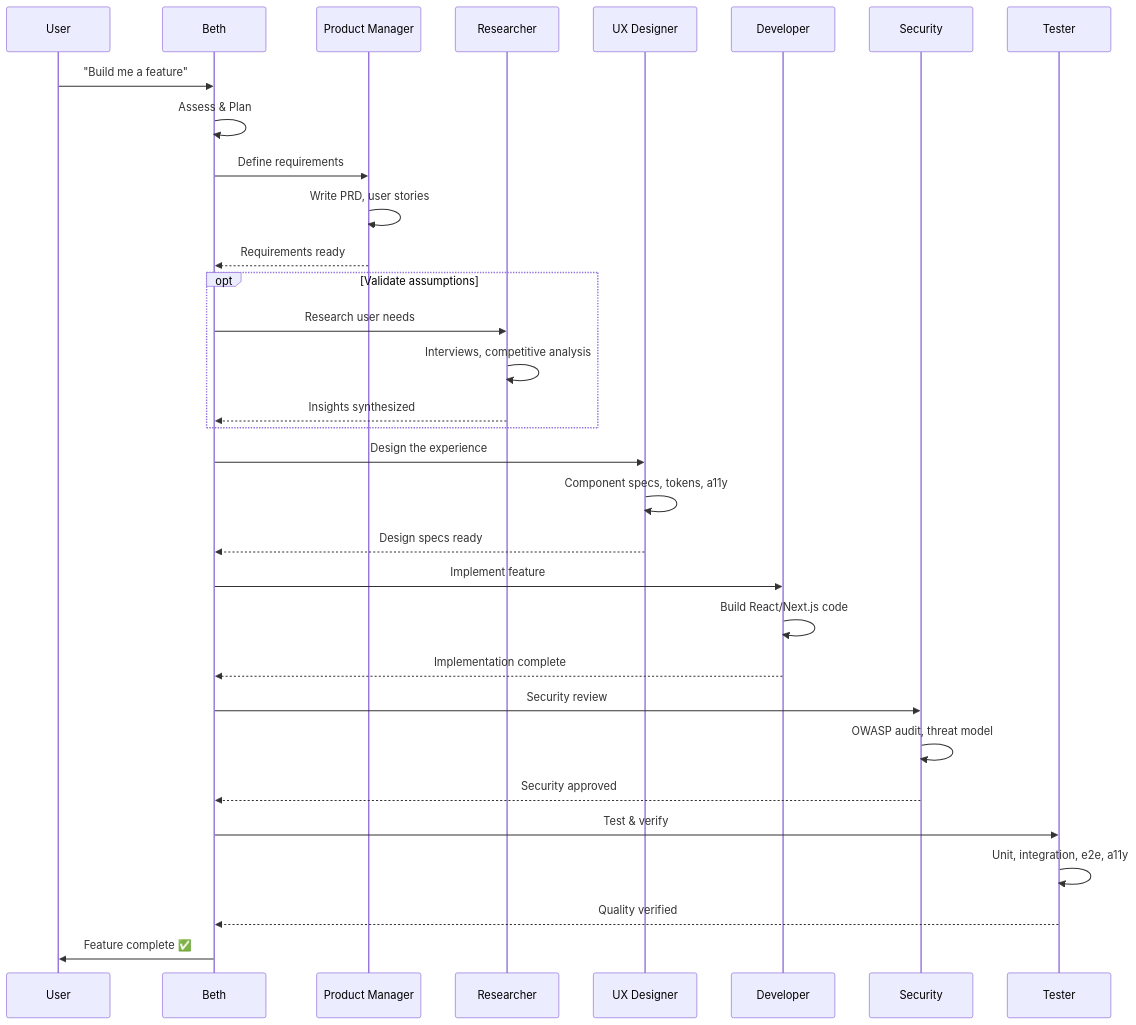
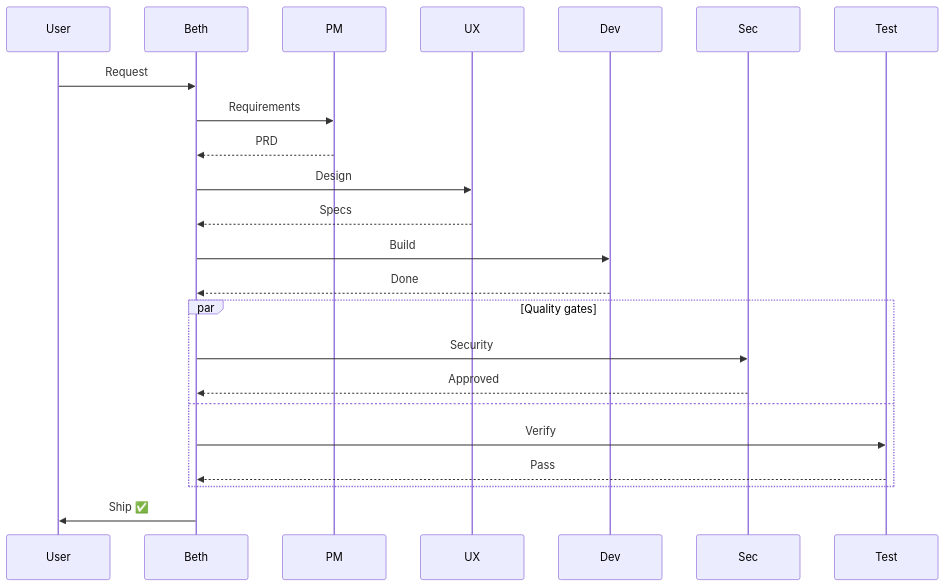
Before and after one commit to shyamsridhar123/ATV-AgentSkillsDemo: the third of 9 diagrams in docs/SYSTEM-FLOW.md, drawn with Mermaid. The commit also changed other lines of this file and 2 other files, not shown here.

Commit message:
beth-7bo: Simplify all architecture mermaid diagrams in README.md and SYSTEM-FLOW.md

````diff
--- a/docs/SYSTEM-FLOW.md
+++ b/docs/SYSTEM-FLOW.md
@@ -116,43 +35,26 @@
 ```mermaid
 sequenceDiagram
     participant U as User
     participant B as Beth
-    participant PM as Product Manager
-    participant R as Researcher
-    participant UX as UX Designer
-    participant D as Developer
-    participant S as Security
-    participant T as Tester
+    participant PM as PM
+    participant UX as UX
+    participant D as Dev
+    participant S as Sec
+    participant T as Test
 
-    U->>B: "Build me a feature"
-    
-    B->>B: Assess & Plan
-    
-    B->>PM: Define requirements
-    PM->>PM: Write PRD, user stories
-    PM-->>B: Requirements ready
-    
-    opt Validate assumptions
-        B->>R: Research user needs
-        R->>R: Interviews, competitive analysis
-        R-->>B: Insights synthesized
+    U->>B: Request
+    B->>PM: Requirements
+    PM-->>B: PRD
+    B->>UX: Design
+    UX-->>B: Specs
+    B->>D: Build
+    D-->>B: Done
+    par Quality gates
+        B->>S: Security
+        S-->>B: Approved
+    and
+        B->>T: Verify
+        T-->>B: Pass
     end
-    
-    B->>UX: Design the experience
-    UX->>UX: Component specs, tokens, a11y
-    UX-->>B: Design specs ready
-    
-    B->>D: Implement feature
-    D->>D: Build React/Next.js code
-    D-->>B: Implementation complete
-    
-    B->>S: Security review
-    S->>S: OWASP audit, threat model
-    S-->>B: Security approved
-    
-    B->>T: Test & verify
-    T->>T: Unit, integration, e2e, a11y
-    T-->>B: Quality verified
-    
-    B->>U: Feature complete ✅
+    B->>U: Ship ✅
 ```
````
